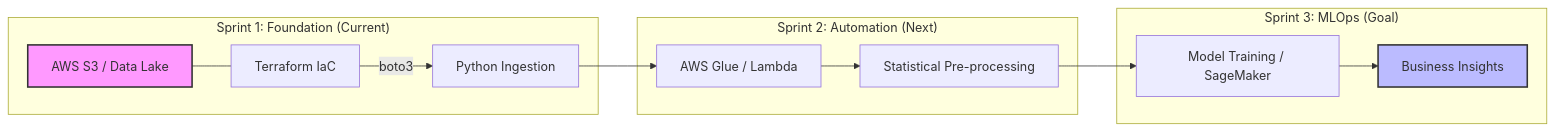
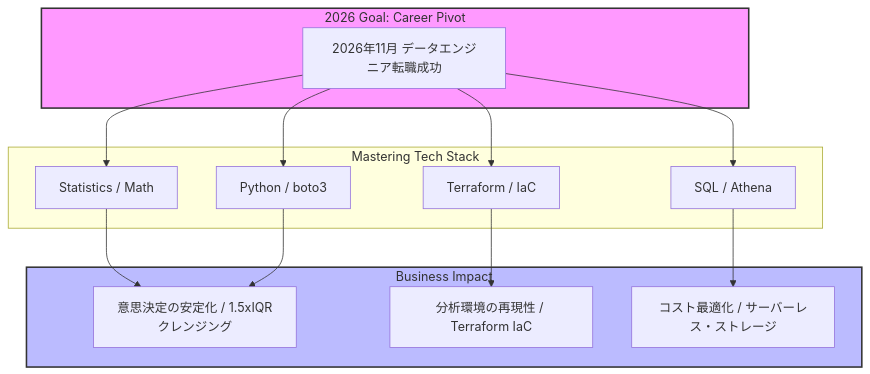
The diagram in README.md (kou-sato-ds/kou-sato-ds), drawn with Mermaid before and after one commit. The commit also changed other lines of this file, not shown here.

````diff
--- a/README.md
+++ b/README.md
@@ -23,20 +24,27 @@
 ```mermaid
-graph LR
-    subgraph "Sprint 1: Foundation (Current)"
-        A[AWS S3 / Data Lake] --- B[Terraform IaC]
-        B -->|boto3| C[Python Ingestion]
-    end
-    
-    subgraph "Sprint 2: Automation (Next)"
-        C --> D[AWS Glue / Lambda]
-        D --> E[Statistical Pre-processing]
-    end
-    
-    subgraph "Sprint 3: MLOps (Goal)"
-        E --> F[Model Training / SageMaker]
-        F --> G[Business Insights]
+graph TD
+    subgraph Goal [2026 Goal: Career Pivot]
+        G1[2026年11月 データエンジニア転職成功]
     end
 
-    style A fill:#f9f,stroke:#333,stroke-width:2px
-    style G fill:#bbf,stroke:#333,stroke-width:2px
+    subgraph Tech_Stack [Mastering Tech Stack]
+        T1[Python / boto3]
+        T2[SQL / Athena]
+        T3[Terraform / IaC]
+        T4[Statistics / Math]
+    end
+
+    subgraph Business_Value [Business Impact]
+        V1[意思決定の安定化 / 1.5xIQRクレンジング]
+        V2[分析環境の再現性 / Terraform IaC]
+        V3[コスト最適化 / サーバーレス・ストレージ]
+    end
+
+    G1 --> T4 --> V1
+    G1 --> T1 --> V1
+    G1 --> T3 --> V2
+    G1 --> T2 --> V3
+
+    style Goal fill:#f9f,stroke:#333,stroke-width:2px
+    style Business_Value fill:#bbf,stroke:#333,stroke-width:2px
 ```
````
